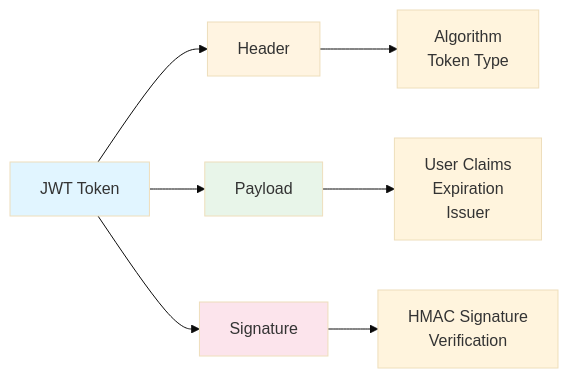
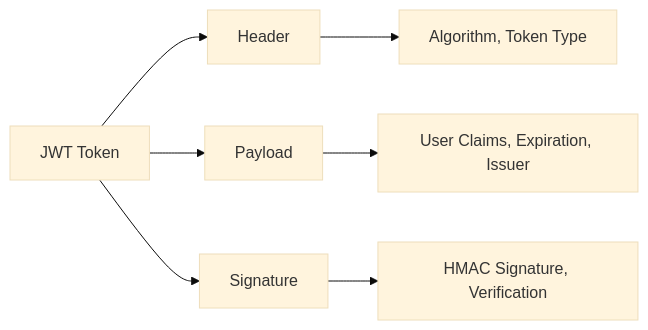
The first of 6 diagrams in level-04-authentication-security/lesson-01-jwt-authentication-ENHANCED-EXAMPLE.md (N-Dave-08/fs-course-backend), drawn with Mermaid (base theme) before and after one commit. The commit also changed other lines of this file and 7 other files, not shown here.

````diff
--- a/level-04-authentication-security/lesson-01-jwt-authentication-ENHANCED-EXAMPLE.md
+++ b/level-04-authentication-security/lesson-01-jwt-authentication-ENHANCED-EXAMPLE.md
@@ -49,15 +65,10 @@
 ```mermaid
 graph LR
     A[JWT Token] --> B[Header]
     A --> C[Payload]
     A --> D[Signature]
     
-    B --> B1["Algorithm<br/>Token Type"]
-    C --> C1["User Claims<br/>Expiration<br/>Issuer"]
-    D --> D1["HMAC Signature<br/>Verification"]
-    
-    style A fill:#e1f5ff
-    style B fill:#fff4e1
-    style C fill:#e8f5e9
-    style D fill:#fce4ec
+    B --> B1["Algorithm, Token Type"]
+    C --> C1["User Claims, Expiration, Issuer"]
+    D --> D1["HMAC Signature, Verification"]
 ```
````
